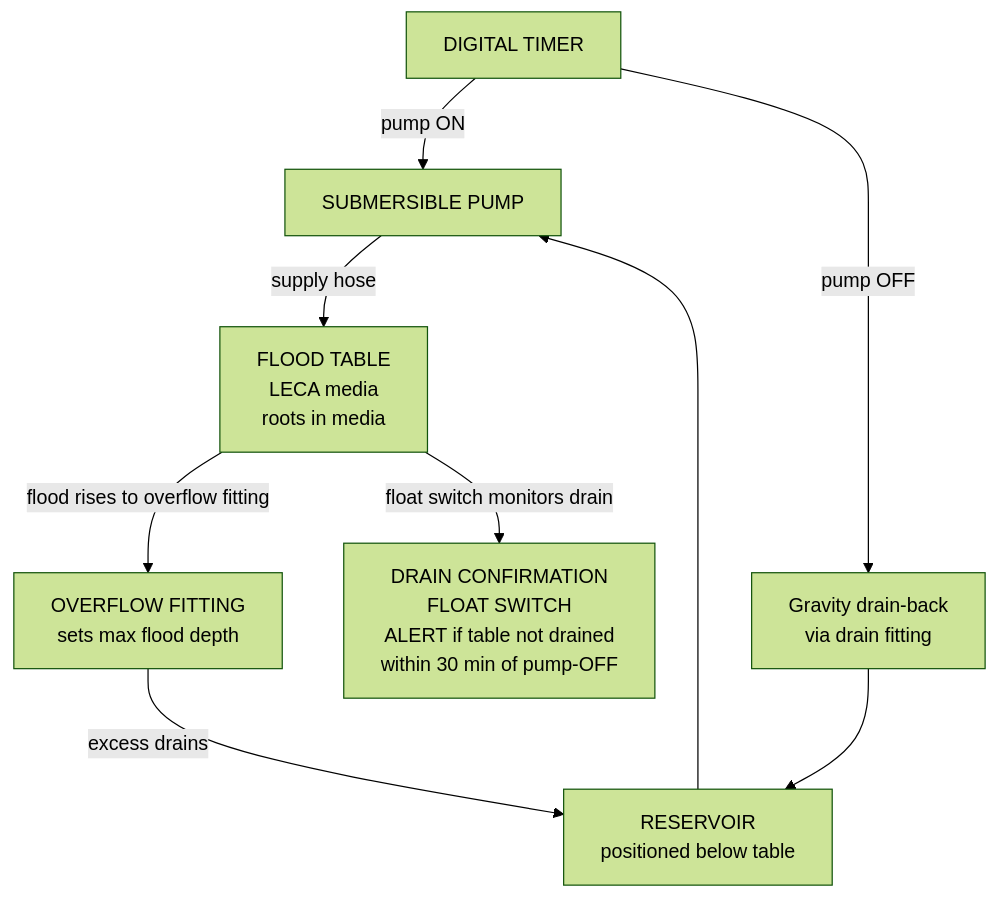
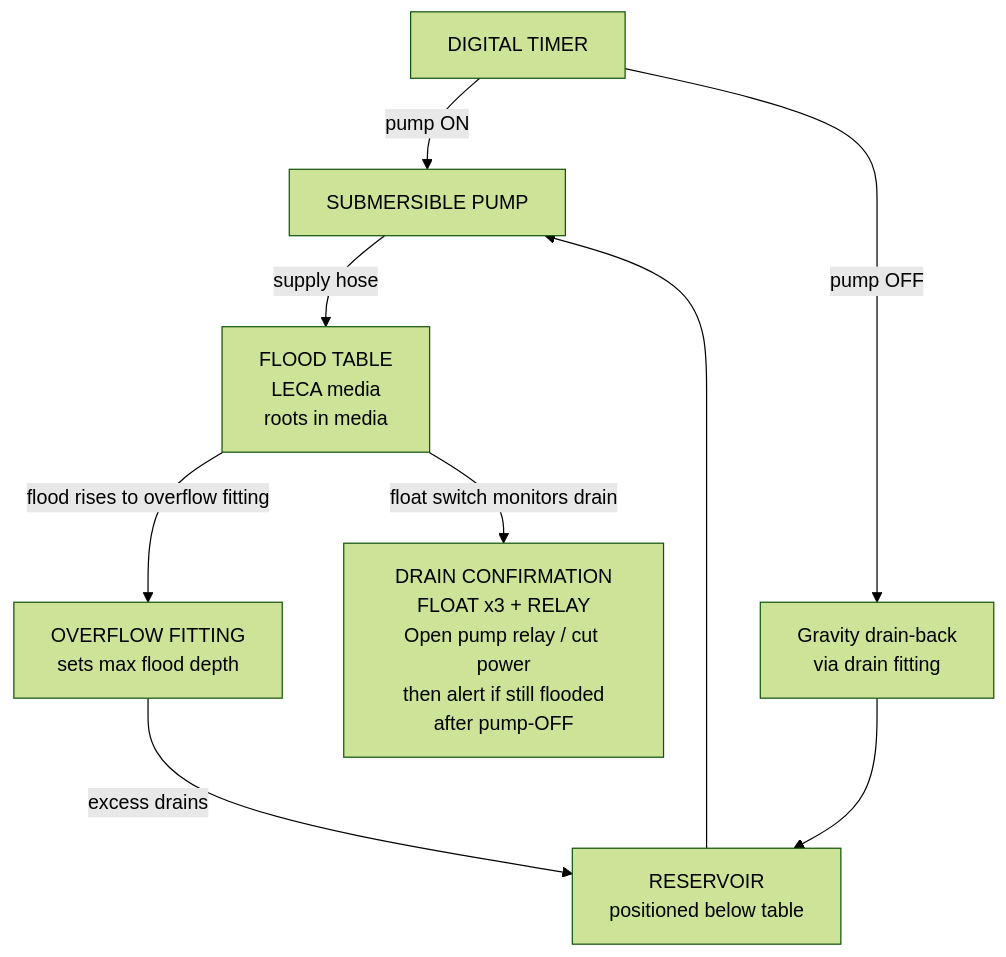
Before and after one commit to UncleJS/guide_hydroponics: the second of 2 diagrams in guide/ebb-and-flow/00-system-overview.md, drawn with Mermaid (forest theme). The commit also changed other lines of this file and 20 other files, not shown here.

````diff
--- a/guide/ebb-and-flow/00-system-overview.md
+++ b/guide/ebb-and-flow/00-system-overview.md
@@ -141,11 +141,11 @@
 ```mermaid
 flowchart TD
     TIMER["DIGITAL TIMER"] -->|pump ON| PUMP["SUBMERSIBLE PUMP"]
     PUMP -->|supply hose| TABLE["FLOOD TABLE<br/>LECA media<br/>roots in media"]
     TABLE -->|flood rises to overflow fitting| OF["OVERFLOW FITTING<br/>sets max flood depth"]
     OF -->|excess drains| RES
     TIMER -->|pump OFF| DRAIN["Gravity drain-back<br/>via drain fitting"]
     DRAIN --> RES["RESERVOIR<br/>positioned below table"]
     RES --> PUMP
-    TABLE -->|float switch monitors drain| FS["DRAIN CONFIRMATION<br/>FLOAT SWITCH<br/>ALERT if table not drained<br/>within 30 min of pump-OFF"]
+    TABLE -->|float switch monitors drain| FS["DRAIN CONFIRMATION<br/>FLOAT x3 + RELAY<br/>Open pump relay / cut power<br/>then alert if still flooded<br/>after pump-OFF"]
 ```
````
